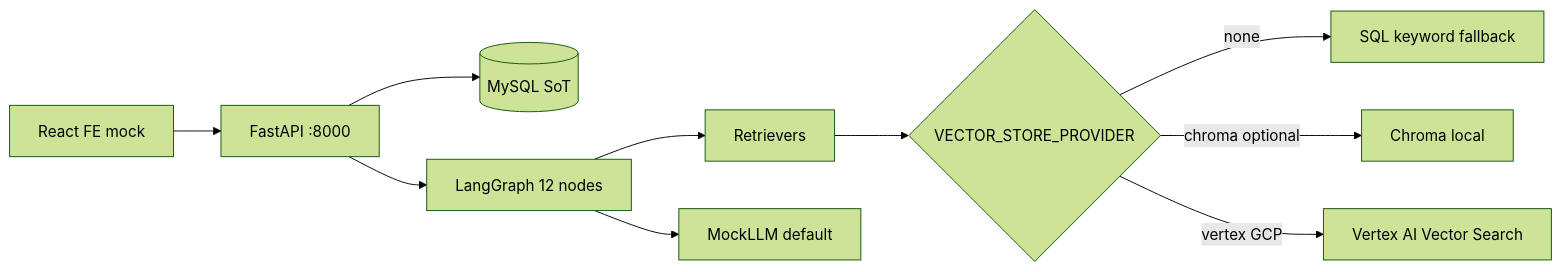
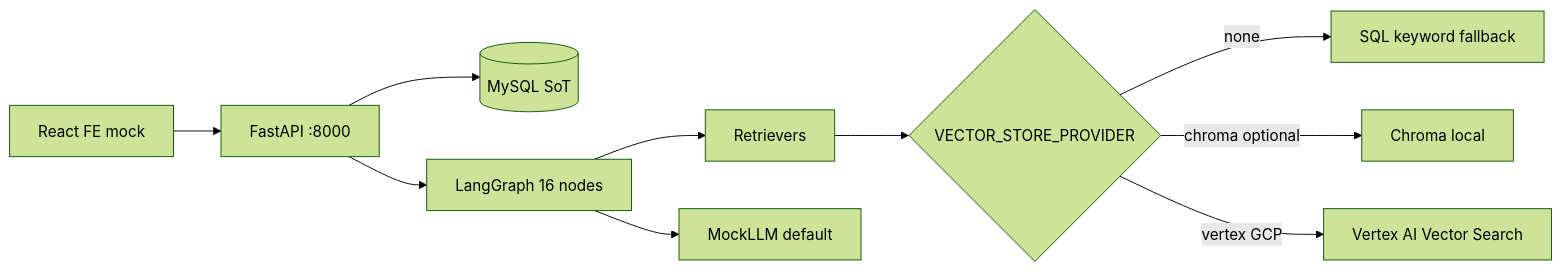
Before and after one commit to seonokkim/MemoryRAG: the diagram in demo/be/README.md, drawn with Mermaid (forest theme). The commit also changed other lines of this file and 125 other files, not shown here.

Commit message:
Add LangGraph quality loop and clean up demo FE/BE Extend the coach graph with evaluation, tools, and Gemini API support; wire DevPanel to live traces, remove unused UI scaffolding.

````diff
--- a/demo/be/README.md
+++ b/demo/be/README.md
@@ -22,12 +22,12 @@
 ```mermaid
 flowchart LR
   FE[React FE mock] --> API[FastAPI :8000]
   API --> MySQL[(MySQL SoT)]
-  API --> Graph[LangGraph 12 nodes]
+  API --> Graph[LangGraph 16 nodes]
   Graph --> RAG[Retrievers]
   RAG --> VS{VECTOR_STORE_PROVIDER}
   VS -->|none| SQL[SQL keyword fallback]
   VS -->|chroma optional| Chroma[Chroma local]
   VS -->|vertex GCP| VertexVS[Vertex AI Vector Search]
   Graph --> LLM[MockLLM default]
 ```
````
